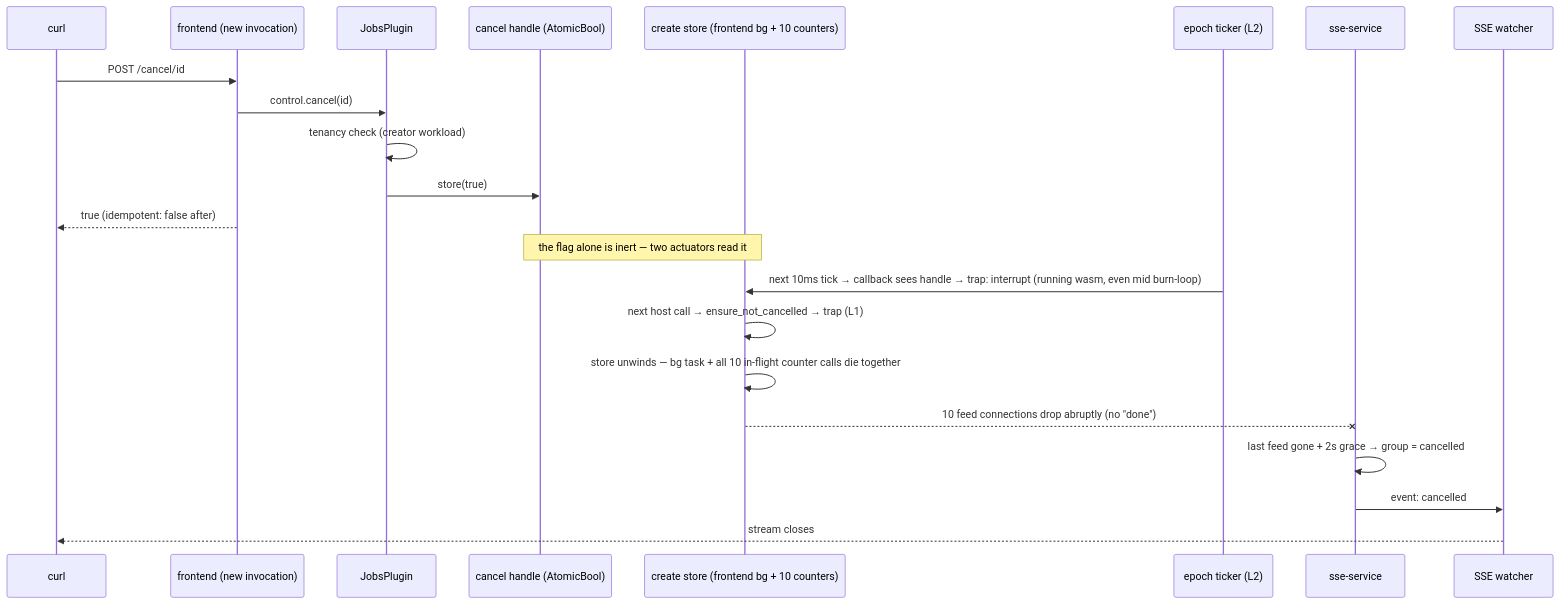
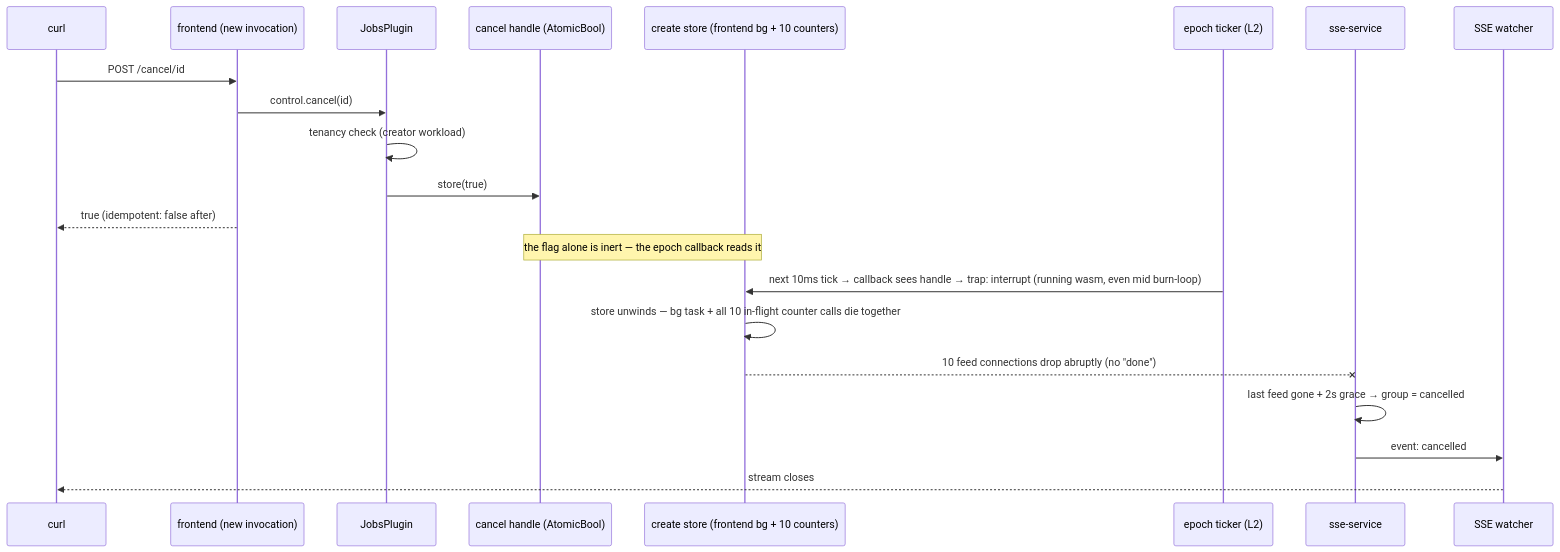
One commit to bettyblocks/wasmCloud changed the second of 2 diagrams in crates/wash-runtime/docs/CANCELLATION_INVENTORY.md. Above: the diagram before and after it, drawn with Mermaid. The commit also changed other lines of this file and 5 other files, not shown here.

````diff
--- a/crates/wash-runtime/docs/CANCELLATION_INVENTORY.md
+++ b/crates/wash-runtime/docs/CANCELLATION_INVENTORY.md
@@ -203,26 +211,25 @@
 ```mermaid
 sequenceDiagram
     participant C as curl
     participant F as frontend (new invocation)
     participant P as JobsPlugin
     participant H as cancel handle (AtomicBool)
     participant S as create store (frontend bg + 10 counters)
     participant E as epoch ticker (L2)
     participant SVC as sse-service
     participant W as SSE watcher
 
     C->>F: POST /cancel/id
     F->>P: control.cancel(id)
     P->>P: tenancy check (creator workload)
     P->>H: store(true)
     F-->>C: true (idempotent: false after)
 
-    Note over H,S: the flag alone is inert — two actuators read it
+    Note over H,S: the flag alone is inert — the epoch callback reads it
     E->>S: next 10ms tick → callback sees handle → trap: interrupt (running wasm, even mid burn-loop)
-    S->>S: next host call → ensure_not_cancelled → trap (L1)
     S->>S: store unwinds — bg task + all 10 in-flight counter calls die together
     S--xSVC: 10 feed connections drop abruptly (no "done")
     SVC->>SVC: last feed gone + 2s grace → group = cancelled
     SVC->>W: event: cancelled
     W-->>C: stream closes
 ```
````
